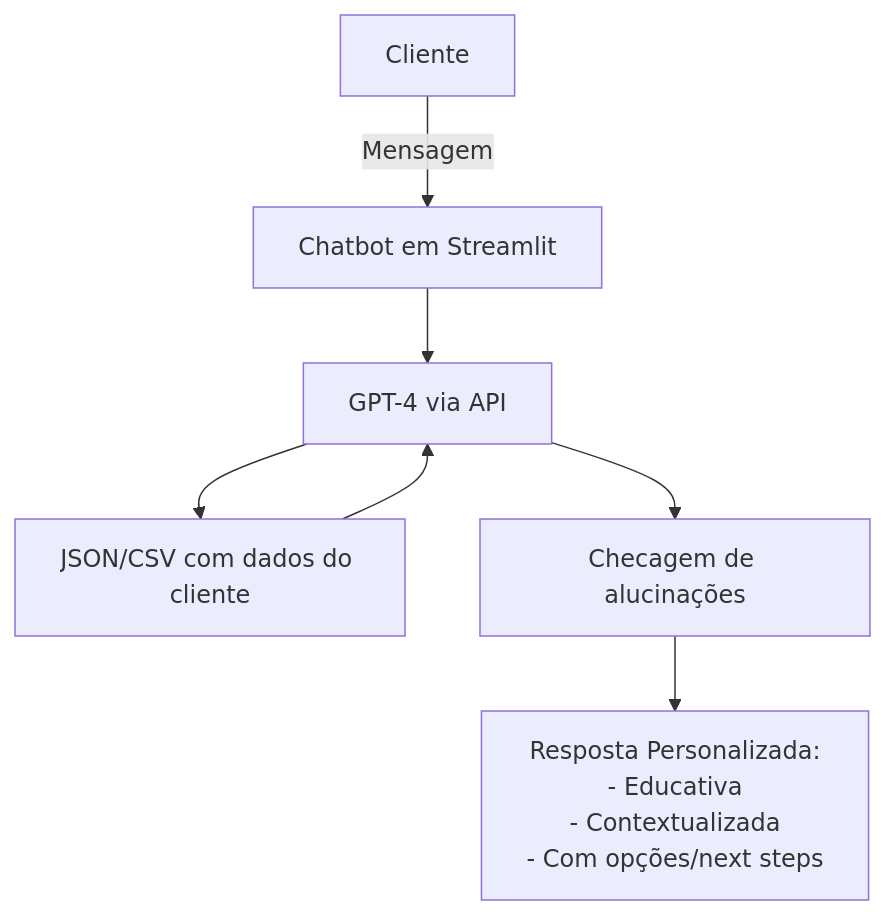
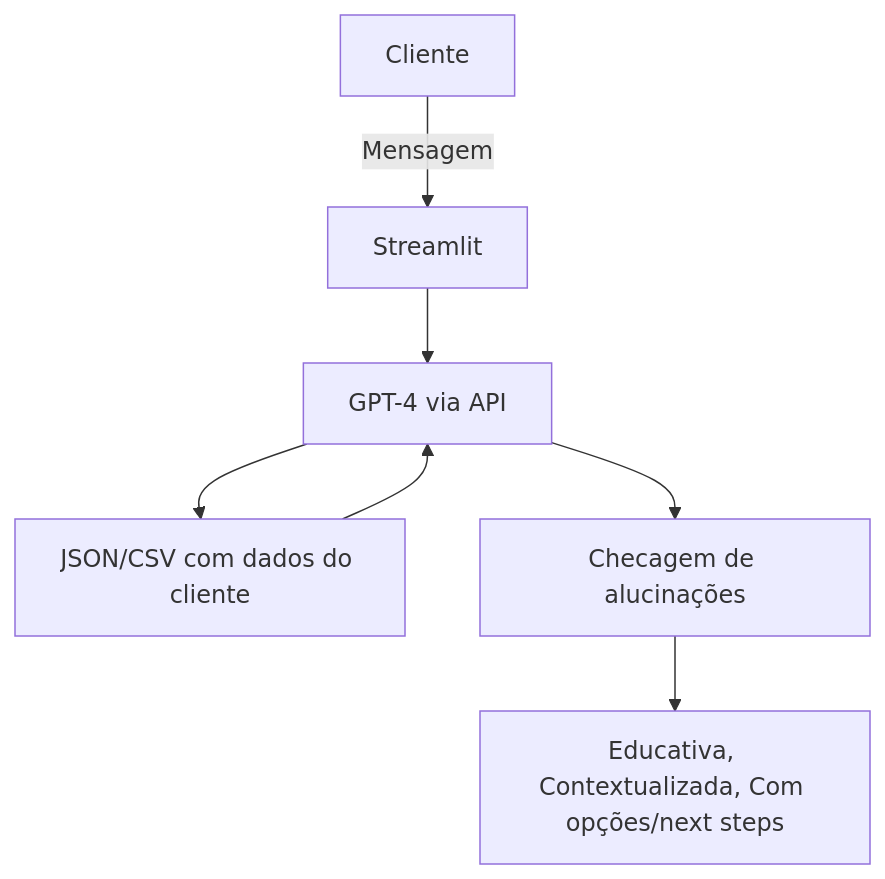
The diagram in docs/01-documentacao-agente.md (MCLG1661/dio-lab-bia-do-futuro), drawn with Mermaid before and after one commit.

````diff
--- a/docs/01-documentacao-agente.md
+++ b/docs/01-documentacao-agente.md
@@ -53,12 +53,9 @@
 ```mermaid
 flowchart TD
-    A[Cliente] -->|Mensagem| B[Chatbot em Streamlit]
+    A[Cliente] -->|Mensagem| B[Streamlit]
     B --> C[GPT-4 via API]
     C --> D[JSON/CSV com dados do cliente]
     D --> C
     C --> E[Checagem de alucinações]
-    E --> F[Resposta Personalizada:
-   - Educativa
-   - Contextualizada
-   - Com opções/next steps]
+    E --> F[Educativa, Contextualizada, Com opções/next steps]
 ```
````
